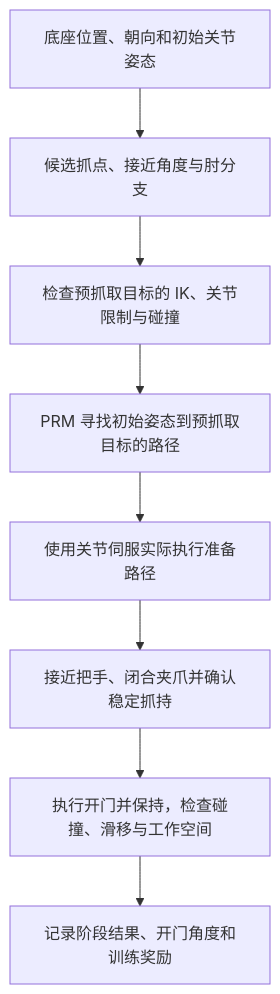
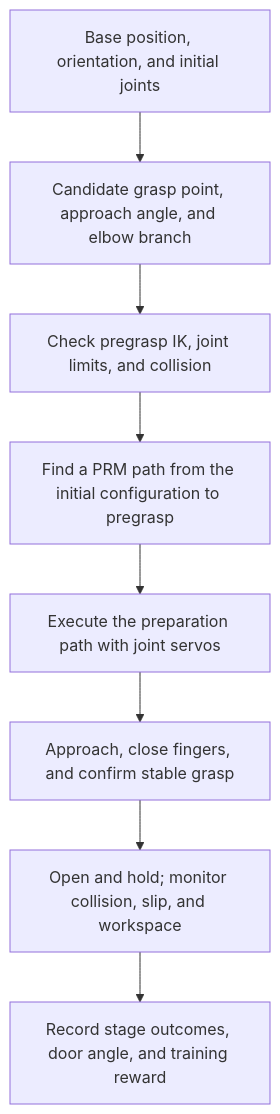
The diagram in README.md (blanknamezzz/mujoco-door-opening), drawn with Mermaid before and after one commit. The commit also changed other lines of this file and 74 other files, not shown here.

````diff
--- a/README.md
+++ b/README.md
@@ -65,10 +65,10 @@
 ```mermaid
 flowchart TD
-    A[底座位置、朝向和初始关节姿态] --> B[候选抓点、接近角度与肘分支]
-    B --> C[检查预抓取目标的 IK、关节限制与碰撞]
-    C --> D[PRM 寻找初始姿态到预抓取目标的路径]
-    D --> E[使用关节伺服实际执行准备路径]
-    E --> F[接近把手、闭合夹爪并确认稳定抓持]
-    F --> G[执行开门并保持，检查碰撞、滑移与工作空间]
-    G --> H[记录阶段结果、开门角度和训练奖励]
+    A[Base position, orientation, and initial joints] --> B[Candidate grasp point, approach angle, and elbow branch]
+    B --> C[Check pregrasp IK, joint limits, and collision]
+    C --> D[Find a PRM path from the initial configuration to pregrasp]
+    D --> E[Execute the preparation path with joint servos]
+    E --> F[Approach, close fingers, and confirm stable grasp]
+    F --> G[Open and hold; monitor collision, slip, and workspace]
+    G --> H[Record stage outcomes, door angle, and training reward]
 ```
````
